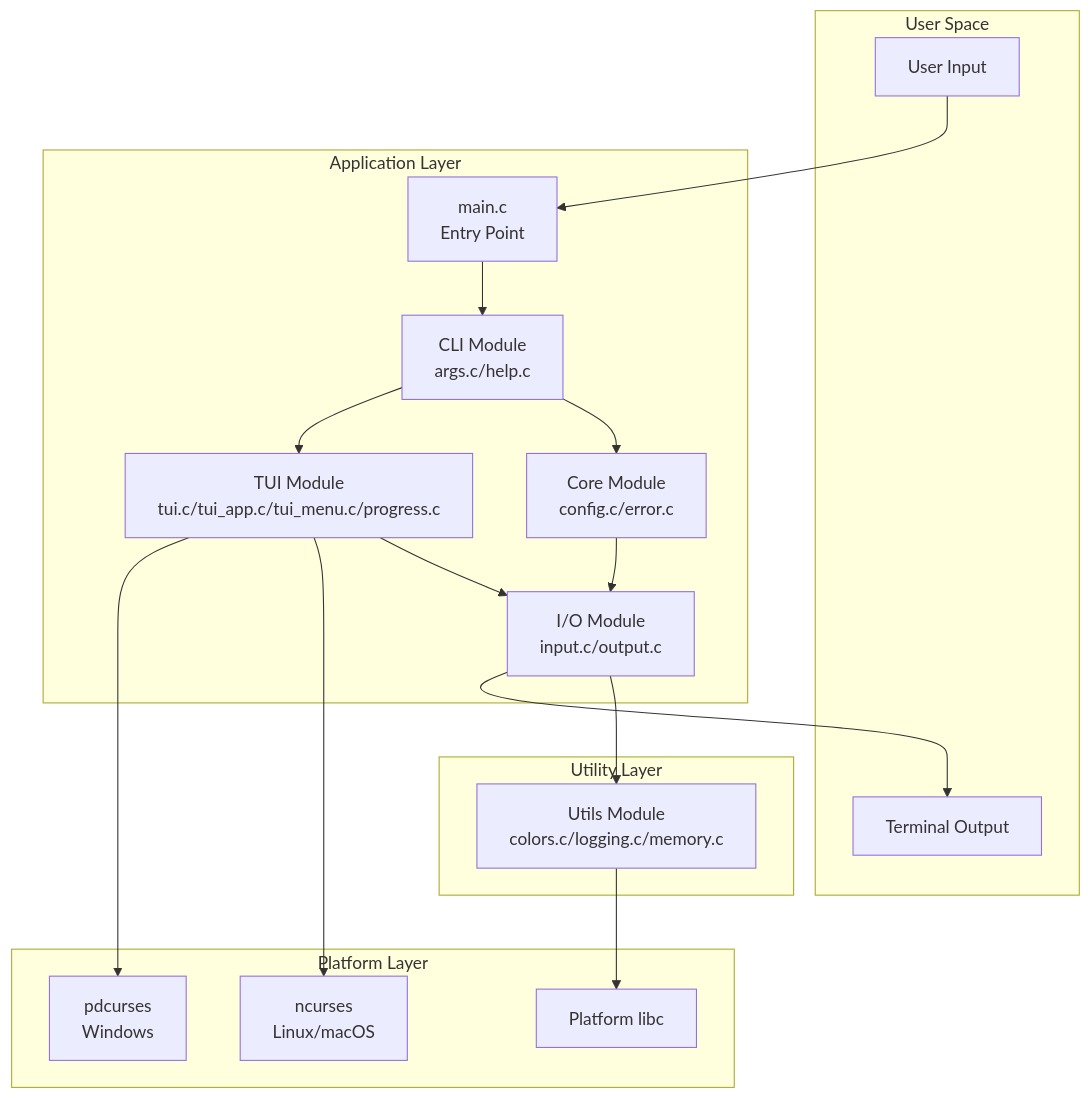
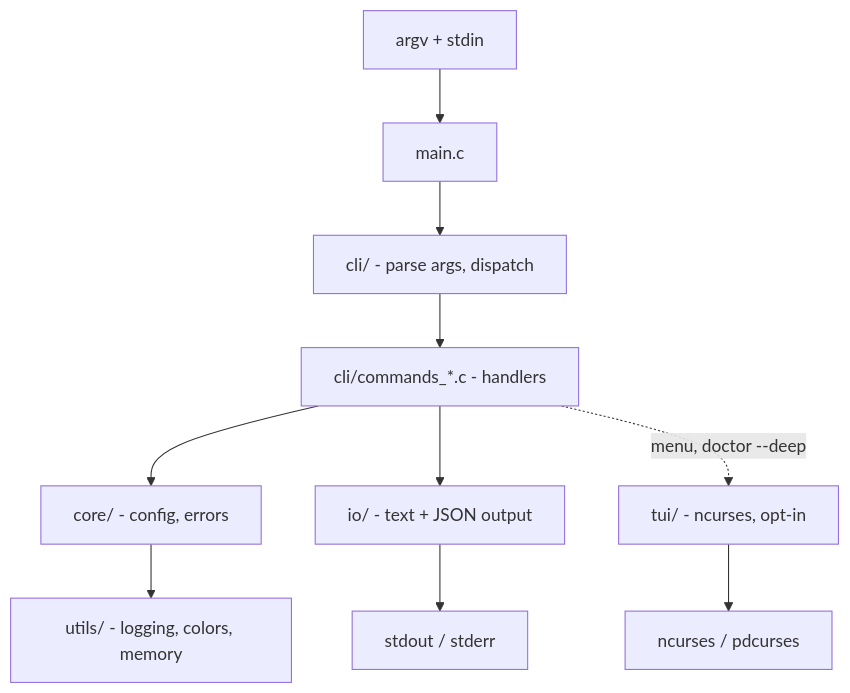
The diagram in docs/ARCHITECTURE.md (sammyjoyce/c23-cli-template), drawn with Mermaid before and after one commit. The commit also changed other lines of this file and 19 other files, not shown here.

````diff
--- a/docs/ARCHITECTURE.md
+++ b/docs/ARCHITECTURE.md
@@ -16,37 +22,12 @@
 ```mermaid
-graph TB
-    subgraph "User Space"
-        USER[User Input]
-        TERM[Terminal Output]
-    end
-
-    subgraph "Application Layer"
-        MAIN[main.c<br/>Entry Point]
-        CLI[CLI Module<br/>args.c/help.c]
-        CORE[Core Module<br/>config.c/error.c]
-        TUI[TUI Module<br/>tui.c/tui_app.c/tui_menu.c/progress.c]
-        IO[I/O Module<br/>input.c/output.c]
-    end
-
-    subgraph "Utility Layer"
-        UTILS[Utils Module<br/>colors.c/logging.c/memory.c]
-    end
-
-    subgraph "Platform Layer"
-        NCURSES[ncurses<br/>Linux/macOS]
-        PDCURSES[pdcurses<br/>Windows]
-        LIBC[Platform libc]
-    end
-
-    USER --> MAIN
-    MAIN --> CLI
-    CLI --> CORE
-    CLI --> TUI
-    CORE --> IO
-    TUI --> IO
-    IO --> UTILS
-    TUI --> NCURSES
-    TUI --> PDCURSES
-    UTILS --> LIBC
-    IO --> TERM
+graph TD
+    USER[argv + stdin] --> MAIN[main.c]
+    MAIN --> CLI["cli/ - parse args, dispatch"]
+    CLI --> CMD["cli/commands_*.c - handlers"]
+    CMD --> CORE["core/ - config, errors"]
+    CMD --> IO["io/ - text + JSON output"]
+    CMD -. "menu, doctor --deep" .-> TUI["tui/ - ncurses, opt-in"]
+    CORE --> UTILS["utils/ - logging, colors, memory"]
+    IO --> TERM[stdout / stderr]
+    TUI --> CURSES[ncurses / pdcurses]
 ```
````
